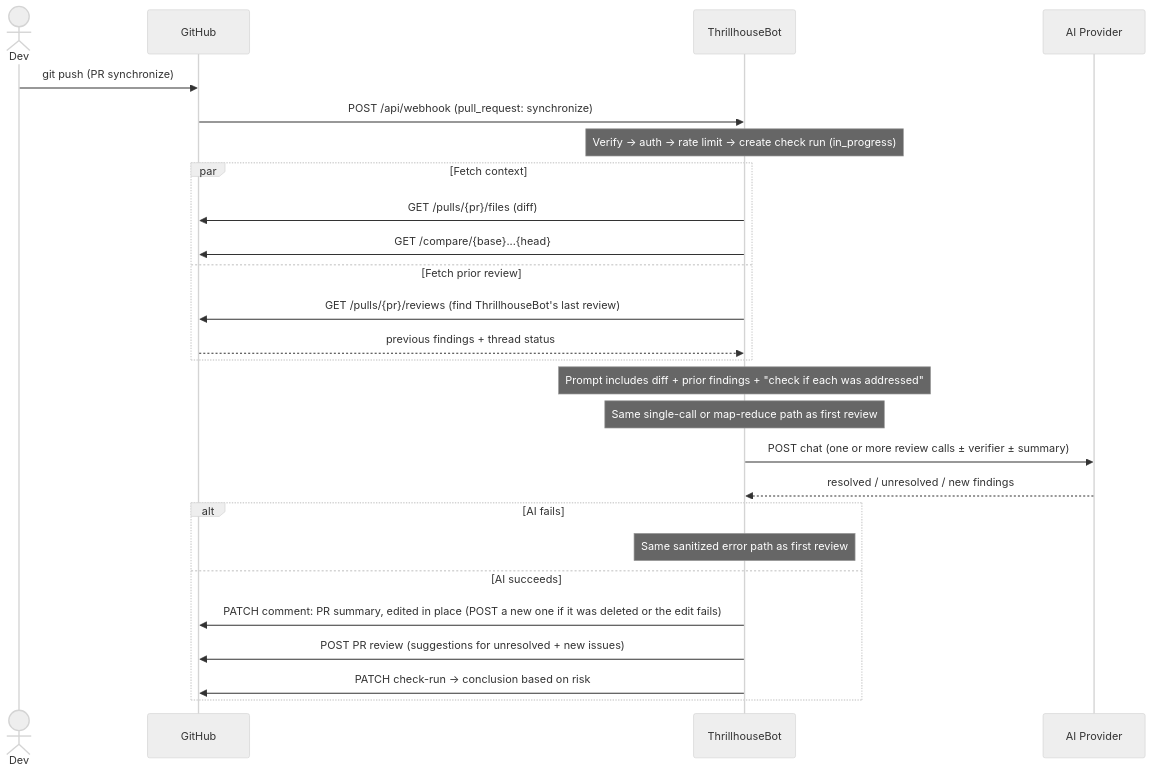
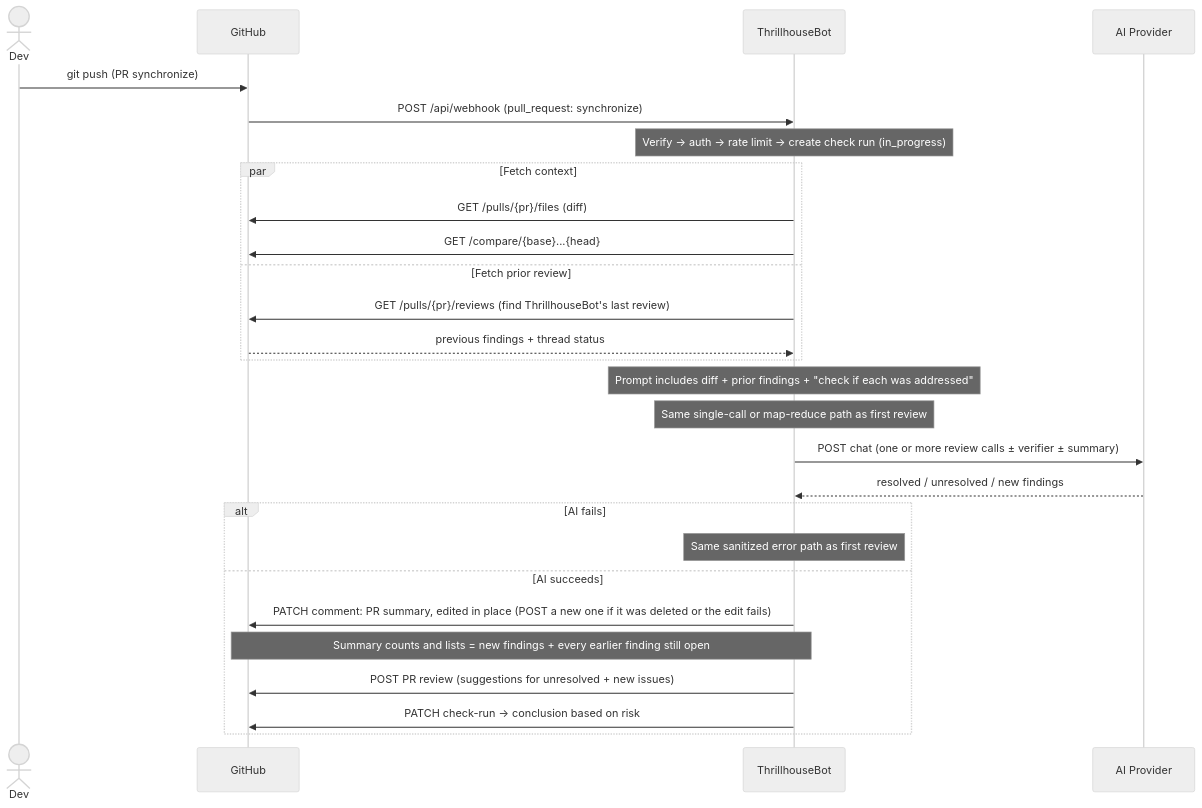
The fourth of 6 diagrams in docs/ARCHITECTURE.md (devops-thiago/ThrillhouseBot), drawn with Mermaid (neutral theme) before and after one commit. The commit also changed 11 other files, not shown here.

First line of the commit message:
fix(review): keep every still-open finding in the summary edited in place (#929)

````diff
--- a/docs/ARCHITECTURE.md
+++ b/docs/ARCHITECTURE.md
@@ -135,34 +135,35 @@
 ```mermaid
 sequenceDiagram
     actor Dev
     participant GH as GitHub
     participant TB as ThrillhouseBot
     participant AI as AI Provider
 
     Dev->>GH: git push (PR synchronize)
     GH->>TB: POST /api/webhook (pull_request: synchronize)
 
     Note over TB: Verify → auth → rate limit → create check run (in_progress)
 
     par Fetch context
         TB->>GH: GET /pulls/{pr}/files (diff)
         TB->>GH: GET /compare/{base}...{head}
     and Fetch prior review
         TB->>GH: GET /pulls/{pr}/reviews (find ThrillhouseBot's last review)
         GH-->>TB: previous findings + thread status
     end
 
     Note over TB: Prompt includes diff + prior findings + "check if each was addressed"
     Note over TB: Same single-call or map-reduce path as first review
 
     TB->>AI: POST chat (one or more review calls ± verifier ± summary)
     AI-->>TB: resolved / unresolved / new findings
 
     alt AI fails
         Note over TB: Same sanitized error path as first review
     else AI succeeds
         TB->>GH: PATCH comment: PR summary, edited in place (POST a new one if it was deleted or the edit fails)
+        Note over TB,GH: Summary counts and lists = new findings + every earlier finding still open
         TB->>GH: POST PR review (suggestions for unresolved + new issues)
         TB->>GH: PATCH check-run → conclusion based on risk
     end
 ```
````
